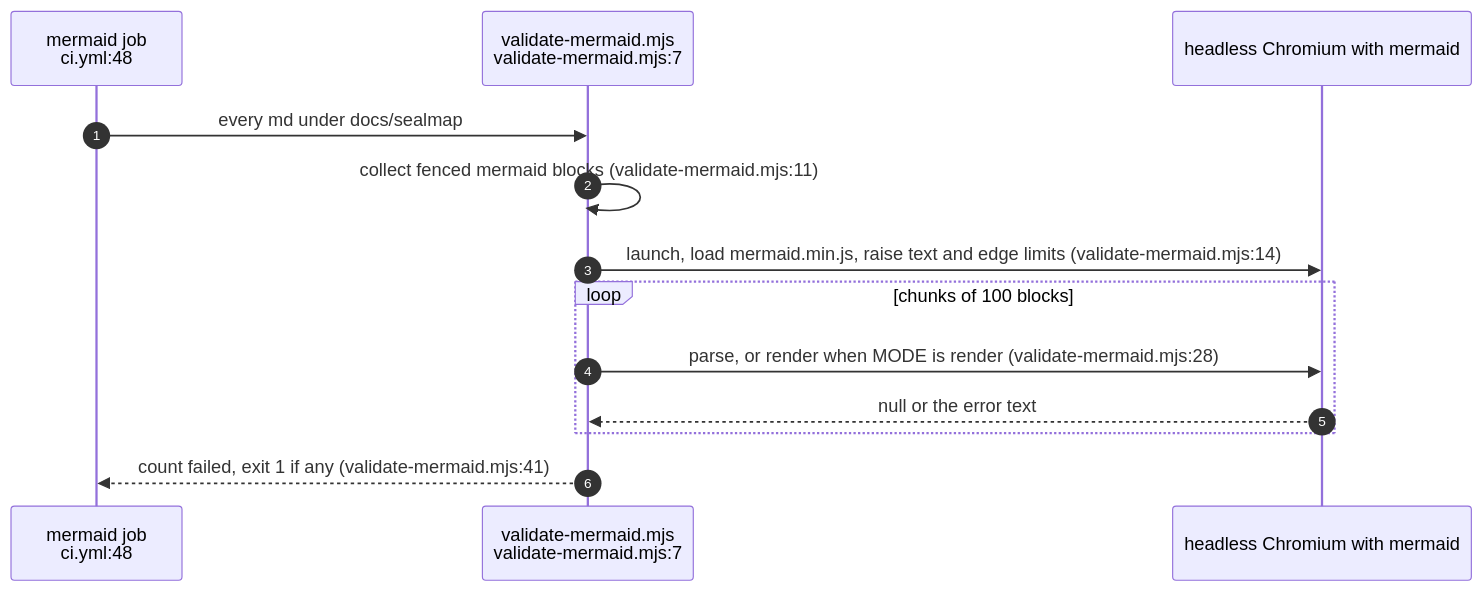
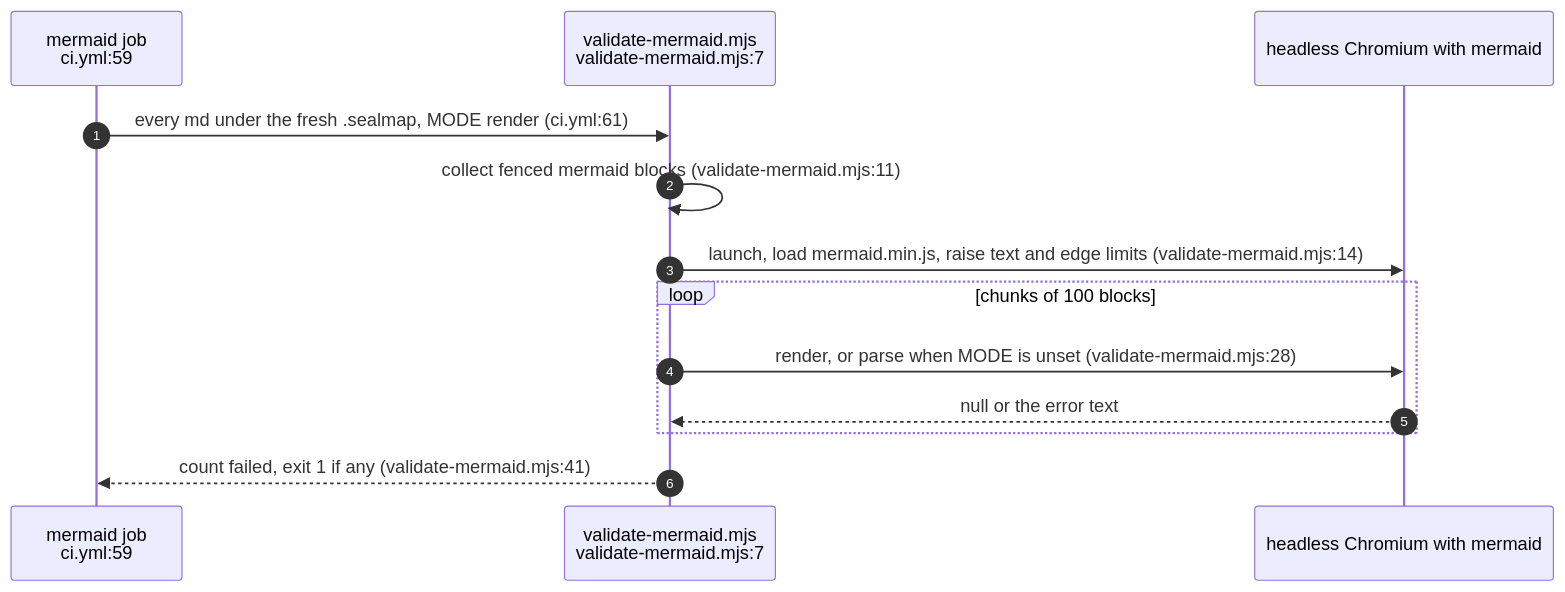
The fifth of 5 diagrams in docs/diagrams/delivery/01-ci-msrv-and-determinism.md (DreamLab-AI/codemaid), drawn with Mermaid before and after one commit. The commit also changed other lines of this file and 22 other files, not shown here.

First line of the commit message:
docs(diagrams): COR-04 and COR-05 for the seal surface; re-stamp every topic at ae478d9

````diff
--- a/docs/diagrams/delivery/01-ci-msrv-and-determinism.md
+++ b/docs/diagrams/delivery/01-ci-msrv-and-determinism.md
@@ -206,15 +232,15 @@
 ```mermaid
 sequenceDiagram
     autonumber
-    participant CI as mermaid job<br/>ci.yml:48
+    participant CI as mermaid job<br/>ci.yml:59
     participant VM as validate-mermaid.mjs<br/>validate-mermaid.mjs:7
     participant BR as headless Chromium with mermaid
-    CI->>VM: every md under docs/sealmap
+    CI->>VM: every md under the fresh .sealmap, MODE render (ci.yml:61)
     VM->>VM: collect fenced mermaid blocks (validate-mermaid.mjs:11)
     VM->>BR: launch, load mermaid.min.js, raise text and edge limits (validate-mermaid.mjs:14)
     loop chunks of 100 blocks
-        VM->>BR: parse, or render when MODE is render (validate-mermaid.mjs:28)
+        VM->>BR: render, or parse when MODE is unset (validate-mermaid.mjs:28)
         BR-->>VM: null or the error text
     end
     VM-->>CI: count failed, exit 1 if any (validate-mermaid.mjs:41)
 ```
````
